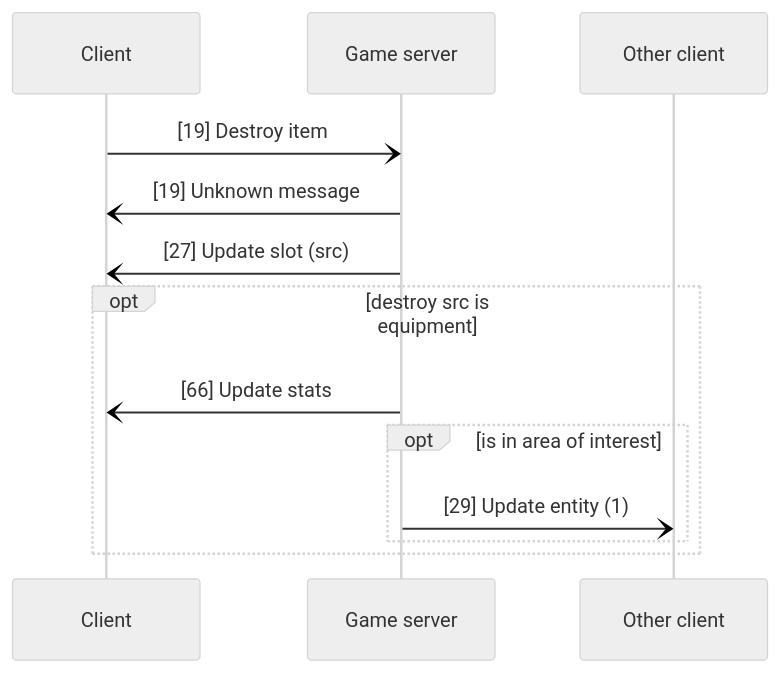
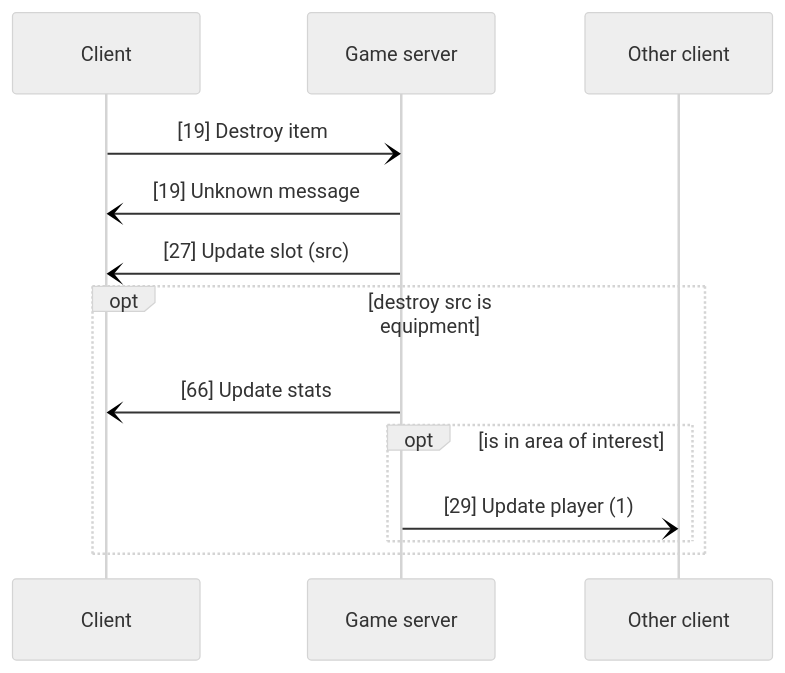
Diagram 11 of 15 in README.md (fygonzalo/banana), drawn with Mermaid (neutral theme) before and after one commit. The commit also changed other lines of this file, not shown here.

````diff
--- a/README.md
+++ b/README.md
@@ -270,15 +273,15 @@
 ```mermaid
 sequenceDiagram
     participant Client
     participant Game server
     participant Other client
     Client-)Game server: [19] Destroy item
     Game server-)Client: [19] Unknown message
     Game server-)Client: [27] Update slot (src)
     opt destroy src is equipment
     Game server-)Client: [66] Update stats
     opt is in area of interest
-    Game server-)Other client: [29] Update entity (1)
+    Game server-)Other client: [29] Update player (1)
     end
     end
 ```
````
